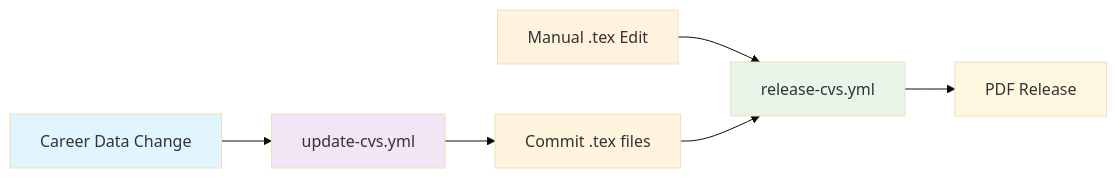
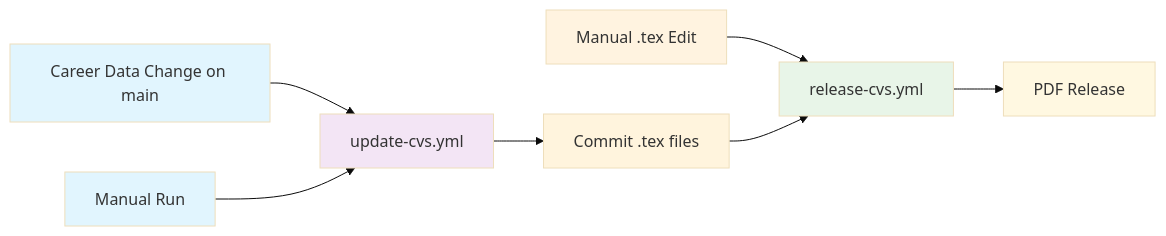
Before and after one commit to SchulteDev/SchulteDev: the diagram in curriculum_vitae/README.md, drawn with Mermaid (base theme). The commit also changed other lines of this file and 28 other files, not shown here.

````diff
--- a/curriculum_vitae/README.md
+++ b/curriculum_vitae/README.md
@@ -18,13 +18,15 @@
 ```mermaid
 flowchart LR
-  A[Career Data Change] --> B[update-cvs.yml]
+  A[Career Data Change on main] --> B[update-cvs.yml]
+  G[Manual Run] --> B
   C[Manual .tex Edit] --> D[release-cvs.yml]
   B --> E[Commit .tex files]
   E --> D
   D --> F[PDF Release]
   style A fill: #e1f5fe
+  style G fill: #e1f5fe
   style C fill: #fff3e0
   style B fill: #f3e5f5
   style D fill: #e8f5e8
   style F fill: #fff8e1
 ```
````
